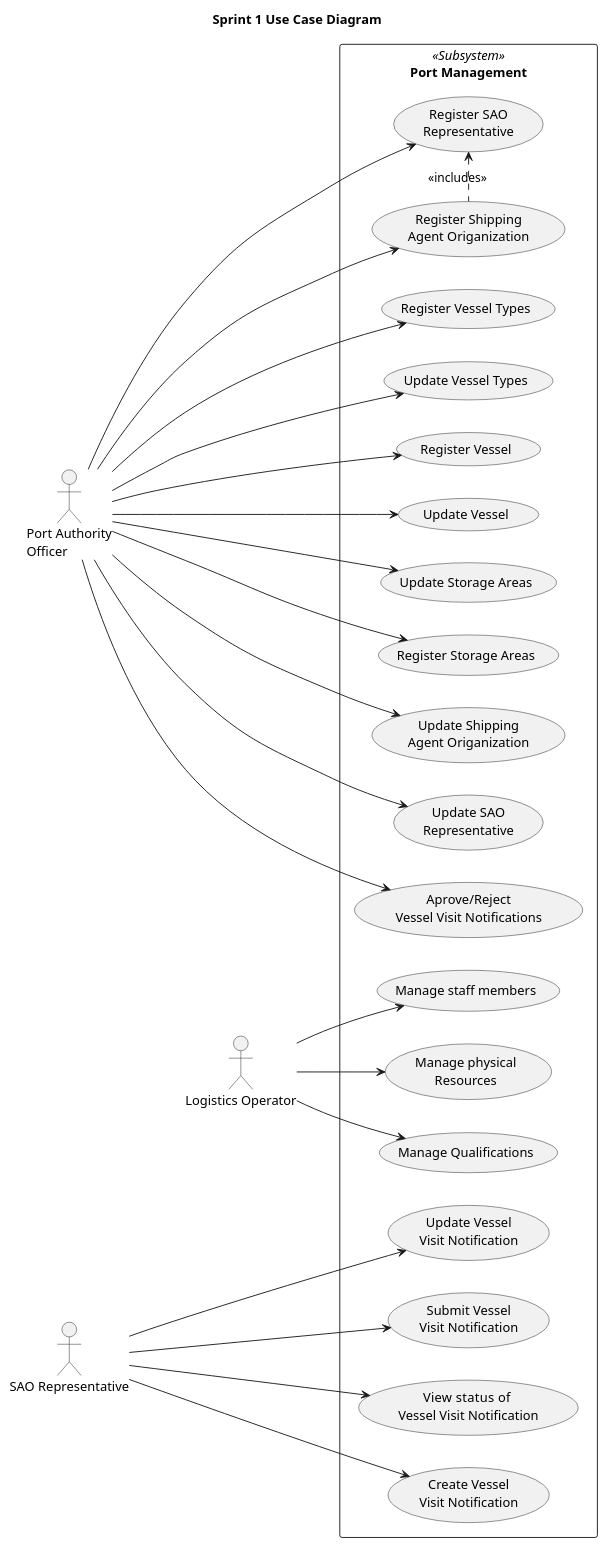
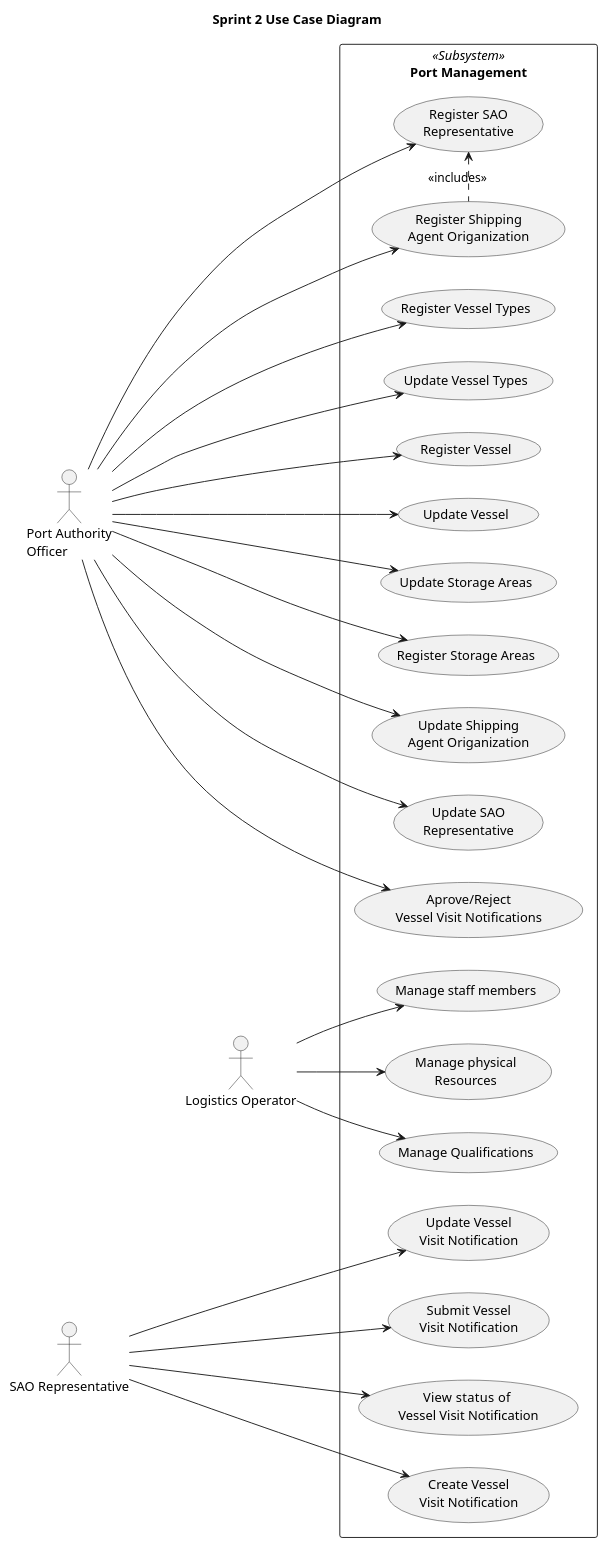
One commit to BernasDzn/portit changed the diagram in docs/sprint_2/global_artifacts/arquitecture/level_1/scenario_views/l1_scenario_view.puml. Above: the diagram before and after it, drawn with PlantUML. The commit also changed 7 other files, not shown here.

```diff
--- a/docs/sprint_2/global_artifacts/arquitecture/level_1/scenario_views/l1_scenario_view.puml
+++ b/docs/sprint_2/global_artifacts/arquitecture/level_1/scenario_views/l1_scenario_view.puml
@@ -1,53 +1,53 @@
 @startuml use_case_diagram
 left to right direction
 skinparam packageStyle rectangle
-title "Sprint 1 Use Case Diagram"
+title "Sprint 2 Use Case Diagram"
 
 actor "Port Authority\nOfficer" as PortAuthorityOfficer
 actor "Logistics Operator" as LogisticsOperator
 actor "SAO Representative" as SAORepresentative
 
 package "Port Management" <<Subsystem>> {
 	usecase "Register Vessel Types" as UC_register_vtype
 	usecase "Update Vessel Types" as UC_update_vtype
 	usecase "Register Vessel" as UC_register_vessel
 	usecase "Update Vessel" as UC_update_vessel
 	usecase "Update Storage Areas" as UC_update_sa
 	usecase "Register Storage Areas" as UC_register_sa
 	usecase "Register Shipping\nAgent Origanization" as UC_register_SAO
 	usecase "Update Shipping\nAgent Origanization" as UC_update_SAO
 	usecase "Register SAO\nRepresentative" as UC_register_sao_rep
 	usecase "Update SAO\nRepresentative" as UC_update_sao_rep
 	usecase "Aprove/Reject\nVessel Visit Notifications" as UC_review_vvn
 	usecase "Create Vessel\nVisit Notification" as UC_register_vvn
 	usecase "Update Vessel\nVisit Notification" as UC_update_vvn
 	usecase "Submit Vessel\nVisit Notification" as UC_submit_vvn
 	usecase "View  status of \nVessel Visit Notification" as UC_view_vvn_status
 	usecase "Manage staff members" as UC_manage_staff
 	usecase "Manage physical\nResources" as UC_manage_phy_res
 	usecase "Manage Qualifications" as UC_manage_qualif
 }
 
 UC_register_SAO .l.> UC_register_sao_rep : <<includes>>
 
 PortAuthorityOfficer ---> UC_register_vtype
 PortAuthorityOfficer ---> UC_update_vtype
 PortAuthorityOfficer ---> UC_register_vessel
 PortAuthorityOfficer ---> UC_update_vessel
 PortAuthorityOfficer ---> UC_update_sa
 PortAuthorityOfficer ---> UC_register_sa
 PortAuthorityOfficer ---> UC_register_sao_rep
 PortAuthorityOfficer ---> UC_register_SAO
 PortAuthorityOfficer ---> UC_update_SAO
 PortAuthorityOfficer ---> UC_update_sao_rep
 PortAuthorityOfficer ---> UC_review_vvn
 SAORepresentative ---> UC_register_vvn
 SAORepresentative ---> UC_update_vvn
 SAORepresentative ---> UC_submit_vvn
 SAORepresentative --> UC_view_vvn_status
 LogisticsOperator --> UC_manage_phy_res
 LogisticsOperator --> UC_manage_qualif
 LogisticsOperator --> UC_manage_staff
 
 
 @enduml
```
